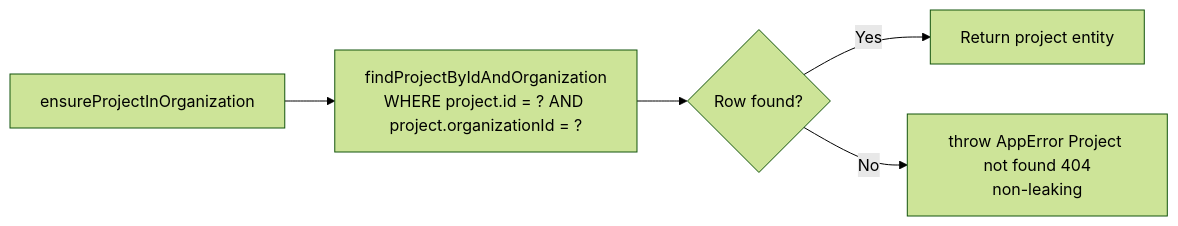
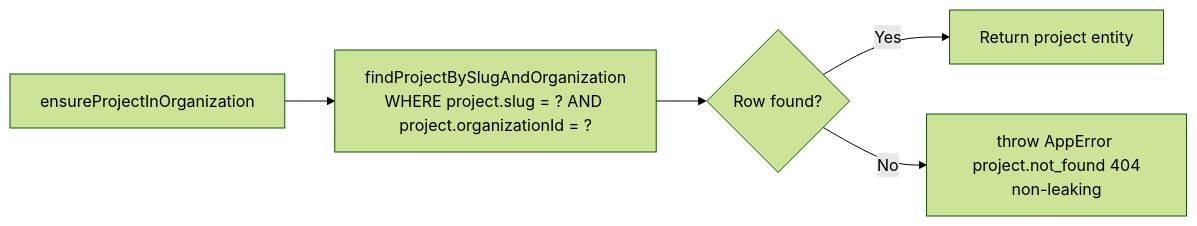
The fourth of 6 diagrams in backend/docs/backend/authorization.md (delok-dev/delok), drawn with Mermaid (forest theme) before and after one commit. The commit also changed other lines of this file and 34 other files, not shown here.

````diff
--- a/backend/docs/backend/authorization.md
+++ b/backend/docs/backend/authorization.md
@@ -93,7 +93,7 @@
 ```mermaid
 flowchart LR
-    A[ensureProjectInOrganization] --> B[findProjectByIdAndOrganization<br/>WHERE project.id = ? AND project.organizationId = ?]
+    A[ensureProjectInOrganization] --> B[findProjectBySlugAndOrganization<br/>WHERE project.slug = ? AND project.organizationId = ?]
     B --> C{Row found?}
     C -- Yes --> D[Return project entity]
-    C -- No --> E[throw AppError Project not found 404<br/>non-leaking]
+    C -- No --> E[throw AppError project.not_found 404<br/>non-leaking]
 ```
````
